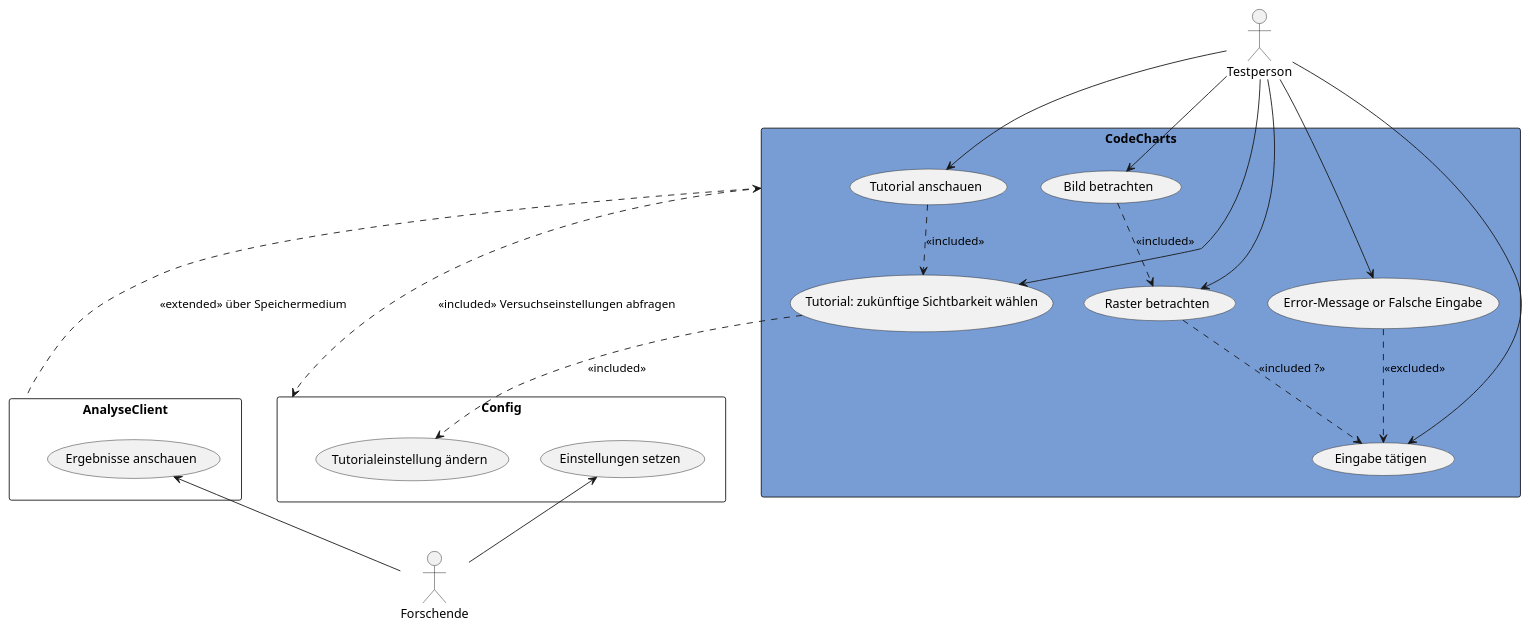
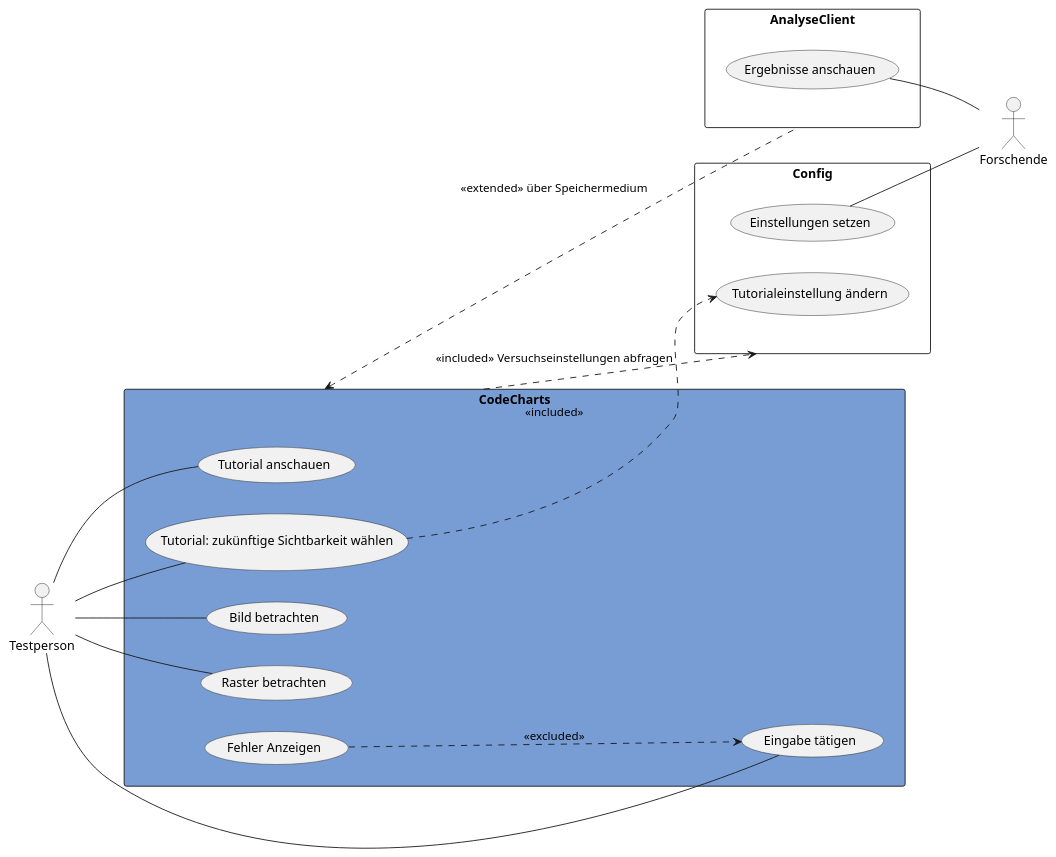
One commit to weichware10/meilensteine changed the diagram in meilenstein_05/usecase-CodeCharts/usecase-CodeCharts.puml. Above: the diagram before and after it, drawn with PlantUML.

Commit message:
includes and exxcludes rausgenommen, UC Dias dürden keine reihenfolge vorgeben.

```diff
--- a/meilenstein_05/usecase-CodeCharts/usecase-CodeCharts.puml
+++ b/meilenstein_05/usecase-CodeCharts/usecase-CodeCharts.puml
@@ -1,47 +1,43 @@
 @startuml CodeCharts
-' left to right direction
+left to right direction
 
 actor Testperson as t
 actor Forschende as f
 
 rectangle CodeCharts as z #789dd5 {
     usecase "Tutorial anschauen" as td
     usecase "Tutorial: zukünftige Sichtbarkeit wählen" as tw
     usecase "Bild betrachten" as bb
     usecase "Raster betrachten" as rb
     usecase "Eingabe tätigen" as et
-    usecase "Error-Message or Falsche Eingabe" as em
+    usecase "Fehler Anzeigen" as fa
 }
 
 rectangle AnalyseClient as a {
     usecase "Ergebnisse anschauen" as ea
 }
 
 rectangle Config as c {
     usecase "Einstellungen setzen" as es
     usecase "Tutorialeinstellung ändern" as tä
 }
 
 ' Testperson
-t --> td
-t --> tw
-t --> bb
-t --> rb
-t --> et
-t --> em
+t -- td
+t -- tw
+t -- bb
+t -- rb
+t -- et
 
 ' Forschende
-es <-- f
-ea <-- f
+es -- f
+ea -- f
 
 ' intern
 tw ..> tä : <<included>> 
 z <.. a : <<extended>> über Speichermedium
 z ..> c : <<included>> Versuchseinstellungen abfragen
-td ..> tw : <<included>>
-bb ..> rb : <<included>>
-rb ..> et : << included ? >>
-em ..> et : <<excluded>> 
+fa ..> et : <<excluded>> 
 
 
 @enduml
```
